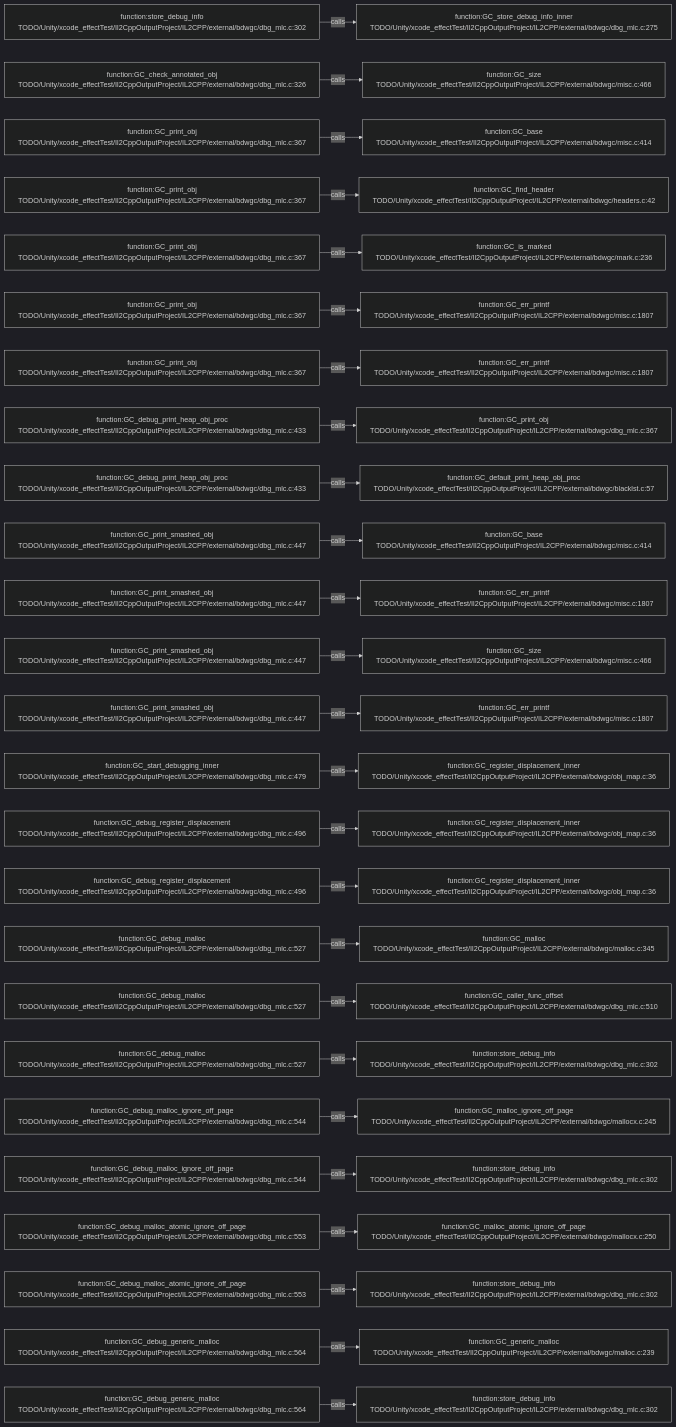
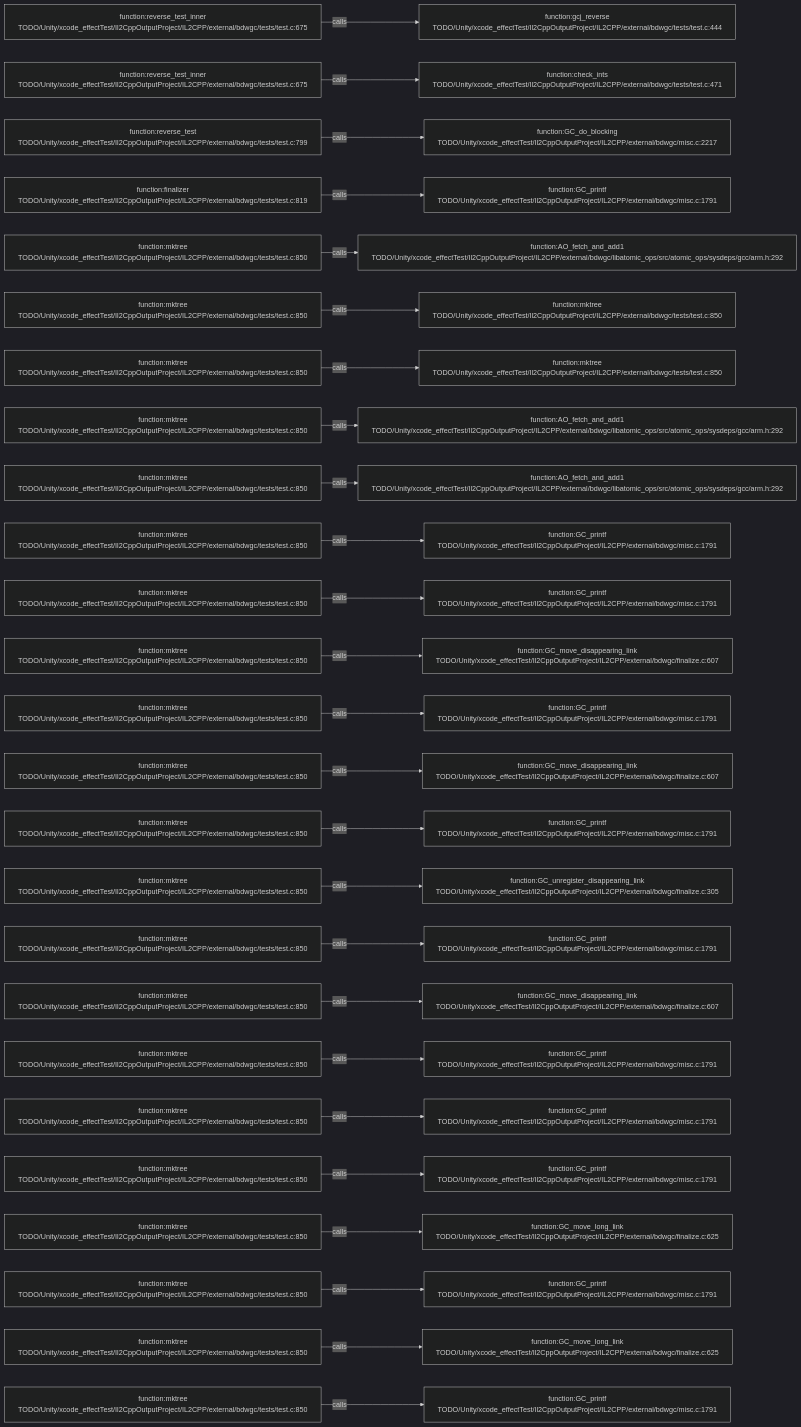
Before and after one commit to JobsKits/JobsSwiftBaseConfigDemo: the diagram in .codegraph/codegraph.md/graphs/calls-166.md, drawn with Mermaid (dark theme). The commit also changed 227 other files, not shown here.

````diff
--- a/.codegraph/codegraph.md/graphs/calls-166.md
+++ b/.codegraph/codegraph.md/graphs/calls-166.md
@@ -13,78 +13,78 @@
 ```mermaid
 flowchart LR
-  S1["function:store_debug_info<br/>TODO/Unity/xcode_effectTest/Il2CppOutputProject/IL2CPP/external/bdwgc/dbg_mlc.c:302"]
-  T1["function:GC_store_debug_info_inner<br/>TODO/Unity/xcode_effectTest/Il2CppOutputProject/IL2CPP/external/bdwgc/dbg_mlc.c:275"]
+  S1["function:reverse_test_inner<br/>TODO/Unity/xcode_effectTest/Il2CppOutputProject/IL2CPP/external/bdwgc/tests/test.c:675"]
+  T1["function:gcj_reverse<br/>TODO/Unity/xcode_effectTest/Il2CppOutputProject/IL2CPP/external/bdwgc/tests/test.c:444"]
   S1 -->|calls| T1
-  S2["function:GC_check_annotated_obj<br/>TODO/Unity/xcode_effectTest/Il2CppOutputProject/IL2CPP/external/bdwgc/dbg_mlc.c:326"]
-  T2["function:GC_size<br/>TODO/Unity/xcode_effectTest/Il2CppOutputProject/IL2CPP/external/bdwgc/misc.c:466"]
+  S2["function:reverse_test_inner<br/>TODO/Unity/xcode_effectTest/Il2CppOutputProject/IL2CPP/external/bdwgc/tests/test.c:675"]
+  T2["function:check_ints<br/>TODO/Unity/xcode_effectTest/Il2CppOutputProject/IL2CPP/external/bdwgc/tests/test.c:471"]
   S2 -->|calls| T2
-  S3["function:GC_print_obj<br/>TODO/Unity/xcode_effectTest/Il2CppOutputProject/IL2CPP/external/bdwgc/dbg_mlc.c:367"]
-  T3["function:GC_base<br/>TODO/Unity/xcode_effectTest/Il2CppOutputProject/IL2CPP/external/bdwgc/misc.c:414"]
+  S3["function:reverse_test<br/>TODO/Unity/xcode_effectTest/Il2CppOutputProject/IL2CPP/external/bdwgc/tests/test.c:799"]
+  T3["function:GC_do_blocking<br/>TODO/Unity/xcode_effectTest/Il2CppOutputProject/IL2CPP/external/bdwgc/misc.c:2217"]
   S3 -->|calls| T3
-  S4["function:GC_print_obj<br/>TODO/Unity/xcode_effectTest/Il2CppOutputProject/IL2CPP/external/bdwgc/dbg_mlc.c:367"]
-  T4["function:GC_find_header<br/>TODO/Unity/xcode_effectTest/Il2CppOutputProject/IL2CPP/external/bdwgc/headers.c:42"]
+  S4["function:finalizer<br/>TODO/Unity/xcode_effectTest/Il2CppOutputProject/IL2CPP/external/bdwgc/tests/test.c:819"]
+  T4["function:GC_printf<br/>TODO/Unity/xcode_effectTest/Il2CppOutputProject/IL2CPP/external/bdwgc/misc.c:1791"]
   S4 -->|calls| T4
-  S5["function:GC_print_obj<br/>TODO/Unity/xcode_effectTest/Il2CppOutputProject/IL2CPP/external/bdwgc/dbg_mlc.c:367"]
-  T5["function:GC_is_marked<br/>TODO/Unity/xcode_effectTest/Il2CppOutputProject/IL2CPP/external/bdwgc/mark.c:236"]
+  S5["function:mktree<br/>TODO/Unity/xcode_effectTest/Il2CppOutputProject/IL2CPP/external/bdwgc/tests/test.c:850"]
+  T5["function:AO_fetch_and_add1<br/>TODO/Unity/xcode_effectTest/Il2CppOutputProject/IL2CPP/external/bdwgc/libatomic_ops/src/atomic_ops/sysdeps/gcc/arm.h:292"]
   S5 -->|calls| T5
-  S6["function:GC_print_obj<br/>TODO/Unity/xcode_effectTest/Il2CppOutputProject/IL2CPP/external/bdwgc/dbg_mlc.c:367"]
-  T6["function:GC_err_printf<br/>TODO/Unity/xcode_effectTest/Il2CppOutputProject/IL2CPP/external/bdwgc/misc.c:1807"]
+  S6["function:mktree<br/>TODO/Unity/xcode_effectTest/Il2CppOutputProject/IL2CPP/external/bdwgc/tests/test.c:850"]
+  T6["function:mktree<br/>TODO/Unity/xcode_effectTest/Il2CppOutputProject/IL2CPP/external/bdwgc/tests/test.c:850"]
   S6 -->|calls| T6
-  S7["function:GC_print_obj<br/>TODO/Unity/xcode_effectTest/Il2CppOutputProject/IL2CPP/external/bdwgc/dbg_mlc.c:367"]
-  T7["function:GC_err_printf<br/>TODO/Unity/xcode_effectTest/Il2CppOutputProject/IL2CPP/external/bdwgc/misc.c:1807"]
+  S7["function:mktree<br/>TODO/Unity/xcode_effectTest/Il2CppOutputProject/IL2CPP/external/bdwgc/tests/test.c:850"]
+  T7["function:mktree<br/>TODO/Unity/xcode_effectTest/Il2CppOutputProject/IL2CPP/external/bdwgc/tests/test.c:850"]
   S7 -->|calls| T7
-  S8["function:GC_debug_print_heap_obj_proc<br/>TODO/Unity/xcode_effectTest/Il2CppOutputProject/IL2CPP/external/bdwgc/dbg_mlc.c:433"]
-  T8["function:GC_print_obj<br/>TODO/Unity/xcode_effectTest/Il2CppOutputProject/IL2CPP/external/bdwgc/dbg_mlc.c:367"]
+  S8["function:mktree<br/>TODO/Unity/xcode_effectTest/Il2CppOutputProject/IL2CPP/external/bdwgc/tests/test.c:850"]
+  T8["function:AO_fetch_and_add1<br/>TODO/Unity/xcode_effectTest/Il2CppOutputProject/IL2CPP/external/bdwgc/libatomic_ops/src/atomic_ops/sysdeps/gcc/arm.h:292"]
   S8 -->|calls| T8
-  S9["function:GC_debug_print_heap_obj_proc<br/>TODO/Unity/xcode_effectTest/Il2CppOutputProject/IL2CPP/external/bdwgc/dbg_mlc.c:433"]
-  T9["function:GC_default_print_heap_obj_proc<br/>TODO/Unity/xcode_effectTest/Il2CppOutputProject/IL2CPP/external/bdwgc/blacklst.c:57"]
+  S9["function:mktree<br/>TODO/Unity/xcode_effectTest/Il2CppOutputProject/IL2CPP/external/bdwgc/tests/test.c:850"]
+  T9["function:AO_fetch_and_add1<br/>TODO/Unity/xcode_effectTest/Il2CppOutputProject/IL2CPP/external/bdwgc/libatomic_ops/src/atomic_ops/sysdeps/gcc/arm.h:292"]
   S9 -->|calls| T9
-  S10["function:GC_print_smashed_obj<br/>TODO/Unity/xcode_effectTest/Il2CppOutputProject/IL2CPP/external/bdwgc/dbg_mlc.c:447"]
-  T10["function:GC_base<br/>TODO/Unity/xcode_effectTest/Il2CppOutputProject/IL2CPP/external/bdwgc/misc.c:414"]
+  S10["function:mktree<br/>TODO/Unity/xcode_effectTest/Il2CppOutputProject/IL2CPP/external/bdwgc/tests/test.c:850"]
+  T10["function:GC_printf<br/>TODO/Unity/xcode_effectTest/Il2CppOutputProject/IL2CPP/external/bdwgc/misc.c:1791"]
   S10 -->|calls| T10
-  S11["function:GC_print_smashed_obj<br/>TODO/Unity/xcode_effectTest/Il2CppOutputProject/IL2CPP/external/bdwgc/dbg_mlc.c:447"]
-  T11["function:GC_err_printf<br/>TODO/Unity/xcode_effectTest/Il2CppOutputProject/IL2CPP/external/bdwgc/misc.c:1807"]
+  S11["function:mktree<br/>TODO/Unity/xcode_effectTest/Il2CppOutputProject/IL2CPP/external/bdwgc/tests/test.c:850"]
+  T11["function:GC_printf<br/>TODO/Unity/xcode_effectTest/Il2CppOutputProject/IL2CPP/external/bdwgc/misc.c:1791"]
   S11 -->|calls| T11
-  S12["function:GC_print_smashed_obj<br/>TODO/Unity/xcode_effectTest/Il2CppOutputProject/IL2CPP/external/bdwgc/dbg_mlc.c:447"]
-  T12["function:GC_size<br/>TODO/Unity/xcode_effectTest/Il2CppOutputProject/IL2CPP/external/bdwgc/misc.c:466"]
+  S12["function:mktree<br/>TODO/Unity/xcode_effectTest/Il2CppOutputProject/IL2CPP/external/bdwgc/tests/test.c:850"]
+  T12["function:GC_move_disappearing_link<br/>TODO/Unity/xcode_effectTest/Il2CppOutputProject/IL2CPP/external/bdwgc/finalize.c:607"]
   S12 -->|calls| T12
-  S13["function:GC_print_smashed_obj<br/>TODO/Unity/xcode_effectTest/Il2CppOutputProject/IL2CPP/external/bdwgc/dbg_mlc.c:447"]
-  T13["function:GC_err_printf<br/>TODO/Unity/xcode_effectTest/Il2CppOutputProject/IL2CPP/external/bdwgc/misc.c:1807"]
+  S13["function:mktree<br/>TODO/Unity/xcode_effectTest/Il2CppOutputProject/IL2CPP/external/bdwgc/tests/test.c:850"]
+  T13["function:GC_printf<br/>TODO/Unity/xcode_effectTest/Il2CppOutputProject/IL2CPP/external/bdwgc/misc.c:1791"]
   S13 -->|calls| T13
-  S14["function:GC_start_debugging_inner<br/>TODO/Unity/xcode_effectTest/Il2CppOutputProject/IL2CPP/external/bdwgc/dbg_mlc.c:479"]
-  T14["function:GC_register_displacement_inner<br/>TODO/Unity/xcode_effectTest/Il2CppOutputProject/IL2CPP/external/bdwgc/obj_map.c:36"]
+  S14["function:mktree<br/>TODO/Unity/xcode_effectTest/Il2CppOutputProject/IL2CPP/external/bdwgc/tests/test.c:850"]
+  T14["function:GC_move_disappearing_link<br/>TODO/Unity/xcode_effectTest/Il2CppOutputProject/IL2CPP/external/bdwgc/finalize.c:607"]
   S14 -->|calls| T14
-  S15["function:GC_debug_register_displacement<br/>TODO/Unity/xcode_effectTest/Il2CppOutputProject/IL2CPP/external/bdwgc/dbg_mlc.c:496"]
-  T15["function:GC_register_displacement_inner<br/>TODO/Unity/xcode_effectTest/Il2CppOutputProject/IL2CPP/external/bdwgc/obj_map.c:36"]
+  S15["function:mktree<br/>TODO/Unity/xcode_effectTest/Il2CppOutputProject/IL2CPP/external/bdwgc/tests/test.c:850"]
+  T15["function:GC_printf<br/>TODO/Unity/xcode_effectTest/Il2CppOutputProject/IL2CPP/external/bdwgc/misc.c:1791"]
   S15 -->|calls| T15
-  S16["function:GC_debug_register_displacement<br/>TODO/Unity/xcode_effectTest/Il2CppOutputProject/IL2CPP/external/bdwgc/dbg_mlc.c:496"]
-  T16["function:GC_register_displacement_inner<br/>TODO/Unity/xcode_effectTest/Il2CppOutputProject/IL2CPP/external/bdwgc/obj_map.c:36"]
+  S16["function:mktree<br/>TODO/Unity/xcode_effectTest/Il2CppOutputProject/IL2CPP/external/bdwgc/tests/test.c:850"]
+  T16["function:GC_unregister_disappearing_link<br/>TODO/Unity/xcode_effectTest/Il2CppOutputProject/IL2CPP/external/bdwgc/finalize.c:305"]
   S16 -->|calls| T16
-  S17["function:GC_debug_malloc<br/>TODO/Unity/xcode_effectTest/Il2CppOutputProject/IL2CPP/external/bdwgc/dbg_mlc.c:527"]
-  T17["function:GC_malloc<br/>TODO/Unity/xcode_effectTest/Il2CppOutputProject/IL2CPP/external/bdwgc/malloc.c:345"]
+  S17["function:mktree<br/>TODO/Unity/xcode_effectTest/Il2CppOutputProject/IL2CPP/external/bdwgc/tests/test.c:850"]
+  T17["function:GC_printf<br/>TODO/Unity/xcode_effectTest/Il2CppOutputProject/IL2CPP/external/bdwgc/misc.c:1791"]
   S17 -->|calls| T17
-  S18["function:GC_debug_malloc<br/>TODO/Unity/xcode_effectTest/Il2CppOutputProject/IL2CPP/external/bdwgc/dbg_mlc.c:527"]
-  T18["function:GC_caller_func_offset<br/>TODO/Unity/xcode_effectTest/Il2CppOutputProject/IL2CPP/external/bdwgc/dbg_mlc.c:510"]
+  S18["function:mktree<br/>TODO/Unity/xcode_effectTest/Il2CppOutputProject/IL2CPP/external/bdwgc/tests/test.c:850"]
+  T18["function:GC_move_disappearing_link<br/>TODO/Unity/xcode_effectTest/Il2CppOutputProject/IL2CPP/external/bdwgc/finalize.c:607"]
   S18 -->|calls| T18
-  S19["function:GC_debug_malloc<br/>TODO/Unity/xcode_effectTest/Il2CppOutputProject/IL2CPP/external/bdwgc/dbg_mlc.c:527"]
-  T19["function:store_debug_info<br/>TODO/Unity/xcode_effectTest/Il2CppOutputProject/IL2CPP/external/bdwgc/dbg_mlc.c:302"]
+  S19["function:mktree<br/>TODO/Unity/xcode_effectTest/Il2CppOutputProject/IL2CPP/external/bdwgc/tests/test.c:850"]
+  T19["function:GC_printf<br/>TODO/Unity/xcode_effectTest/Il2CppOutputProject/IL2CPP/external/bdwgc/misc.c:1791"]
   S19 -->|calls| T19
-  S20["function:GC_debug_malloc_ignore_off_page<br/>TODO/Unity/xcode_effectTest/Il2CppOutputProject/IL2CPP/external/bdwgc/dbg_mlc.c:544"]
-  T20["function:GC_malloc_ignore_off_page<br/>TODO/Unity/xcode_effectTest/Il2CppOutputProject/IL2CPP/external/bdwgc/mallocx.c:245"]
+  S20["function:mktree<br/>TODO/Unity/xcode_effectTest/Il2CppOutputProject/IL2CPP/external/bdwgc/tests/test.c:850"]
+  T20["function:GC_printf<br/>TODO/Unity/xcode_effectTest/Il2CppOutputProject/IL2CPP/external/bdwgc/misc.c:1791"]
   S20 -->|calls| T20
-  S21["function:GC_debug_malloc_ignore_off_page<br/>TODO/Unity/xcode_effectTest/Il2CppOutputProject/IL2CPP/external/bdwgc/dbg_mlc.c:544"]
-  T21["function:store_debug_info<br/>TODO/Unity/xcode_effectTest/Il2CppOutputProject/IL2CPP/external/bdwgc/dbg_mlc.c:302"]
+  S21["function:mktree<br/>TODO/Unity/xcode_effectTest/Il2CppOutputProject/IL2CPP/external/bdwgc/tests/test.c:850"]
+  T21["function:GC_printf<br/>TODO/Unity/xcode_effectTest/Il2CppOutputProject/IL2CPP/external/bdwgc/misc.c:1791"]
   S21 -->|calls| T21
-  S22["function:GC_debug_malloc_atomic_ignore_off_page<br/>TODO/Unity/xcode_effectTest/Il2CppOutputProject/IL2CPP/external/bdwgc/dbg_mlc.c:553"]
-  T22["function:GC_malloc_atomic_ignore_off_page<br/>TODO/Unity/xcode_effectTest/Il2CppOutputProject/IL2CPP/external/bdwgc/mallocx.c:250"]
+  S22["function:mktree<br/>TODO/Unity/xcode_effectTest/Il2CppOutputProject/IL2CPP/external/bdwgc/tests/test.c:850"]
+  T22["function:GC_move_long_link<br/>TODO/Unity/xcode_effectTest/Il2CppOutputProject/IL2CPP/external/bdwgc/finalize.c:625"]
   S22 -->|calls| T22
-  S23["function:GC_debug_malloc_atomic_ignore_off_page<br/>TODO/Unity/xcode_effectTest/Il2CppOutputProject/IL2CPP/external/bdwgc/dbg_mlc.c:553"]
-  T23["function:store_debug_info<br/>TODO/Unity/xcode_effectTest/Il2CppOutputProject/IL2CPP/external/bdwgc/dbg_mlc.c:302"]
+  S23["function:mktree<br/>TODO/Unity/xcode_effectTest/Il2CppOutputProject/IL2CPP/external/bdwgc/tests/test.c:850"]
+  T23["function:GC_printf<br/>TODO/Unity/xcode_effectTest/Il2CppOutputProject/IL2CPP/external/bdwgc/misc.c:1791"]
   S23 -->|calls| T23
-  S24["function:GC_debug_generic_malloc<br/>TODO/Unity/xcode_effectTest/Il2CppOutputProject/IL2CPP/external/bdwgc/dbg_mlc.c:564"]
-  T24["function:GC_generic_malloc<br/>TODO/Unity/xcode_effectTest/Il2CppOutputProject/IL2CPP/external/bdwgc/malloc.c:239"]
+  S24["function:mktree<br/>TODO/Unity/xcode_effectTest/Il2CppOutputProject/IL2CPP/external/bdwgc/tests/test.c:850"]
+  T24["function:GC_move_long_link<br/>TODO/Unity/xcode_effectTest/Il2CppOutputProject/IL2CPP/external/bdwgc/finalize.c:625"]
   S24 -->|calls| T24
-  S25["function:GC_debug_generic_malloc<br/>TODO/Unity/xcode_effectTest/Il2CppOutputProject/IL2CPP/external/bdwgc/dbg_mlc.c:564"]
-  T25["function:store_debug_info<br/>TODO/Unity/xcode_effectTest/Il2CppOutputProject/IL2CPP/external/bdwgc/dbg_mlc.c:302"]
+  S25["function:mktree<br/>TODO/Unity/xcode_effectTest/Il2CppOutputProject/IL2CPP/external/bdwgc/tests/test.c:850"]
+  T25["function:GC_printf<br/>TODO/Unity/xcode_effectTest/Il2CppOutputProject/IL2CPP/external/bdwgc/misc.c:1791"]
   S25 -->|calls| T25
 ```
````
